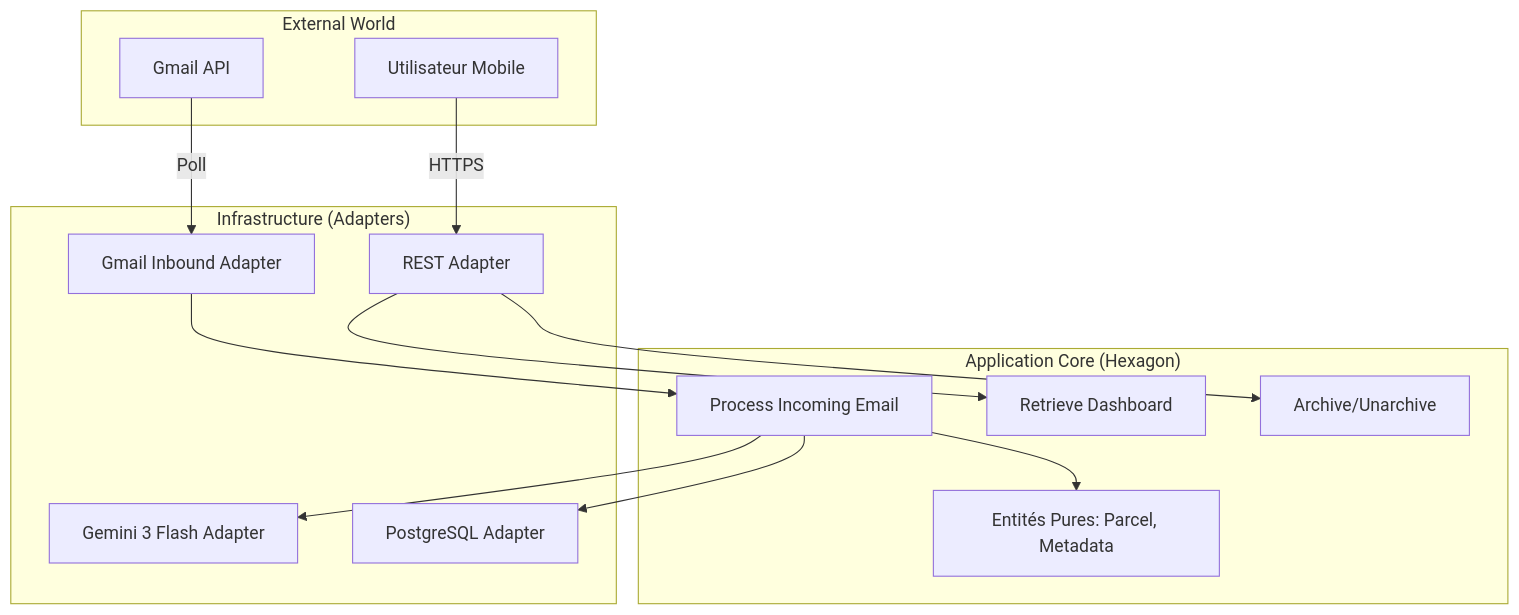
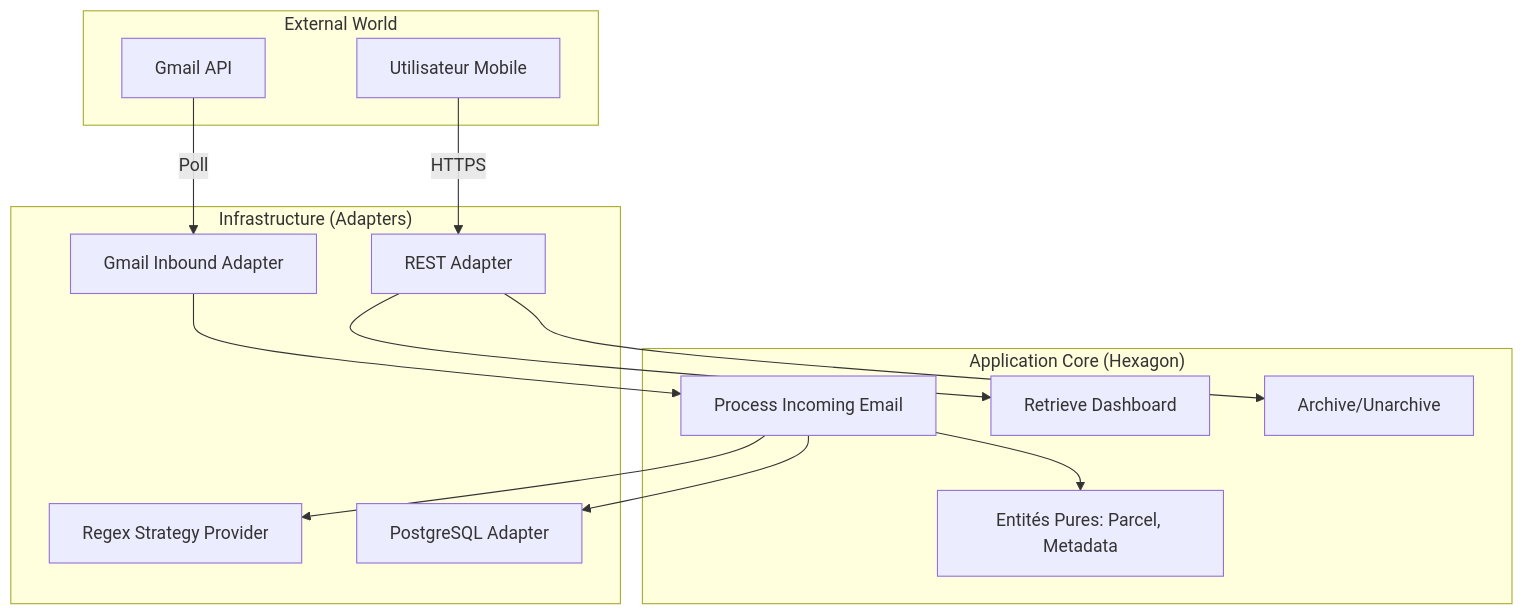
The diagram in docs/architecture.md (antoinechevin/parcel-flow), drawn with Mermaid before and after one commit. The commit also changed other lines of this file and 42 other files, not shown here.

First line of the commit message:
feat(backend): pivot extraction strategy from AI to Regex

````diff
--- a/docs/architecture.md
+++ b/docs/architecture.md
@@ -49,33 +49,33 @@
 ```mermaid
 graph TD
     subgraph "External World"
         User[Utilisateur Mobile]
         Gmail[Gmail API]
     end
 
     subgraph "Infrastructure (Adapters)"
         API[REST Adapter]
         MailAdapter[Gmail Inbound Adapter]
-        AIAdapter[Gemini 3 Flash Adapter]
+        Parser[Regex Strategy Provider]
         DBAdapter[PostgreSQL Adapter]
     end
 
     subgraph "Application Core (Hexagon)"
         UC_Process[Process Incoming Email]
         UC_View[Retrieve Dashboard]
         UC_Action[Archive/Unarchive]
         
         Domain[Entités Pures: Parcel, Metadata]
     end
 
     User -->|HTTPS| API
     API --> UC_View
     API --> UC_Action
     
     Gmail -->|Poll| MailAdapter
     MailAdapter --> UC_Process
     
-    UC_Process --> AIAdapter
+    UC_Process --> Parser
     UC_Process --> DBAdapter
     UC_Process --> Domain
 ```
````
